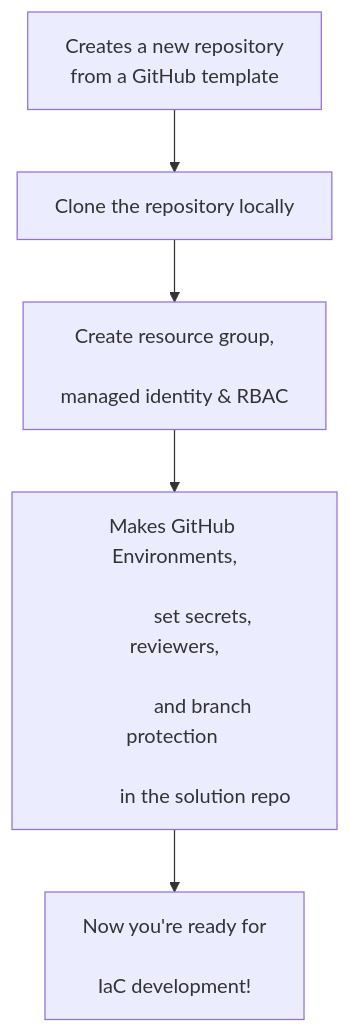
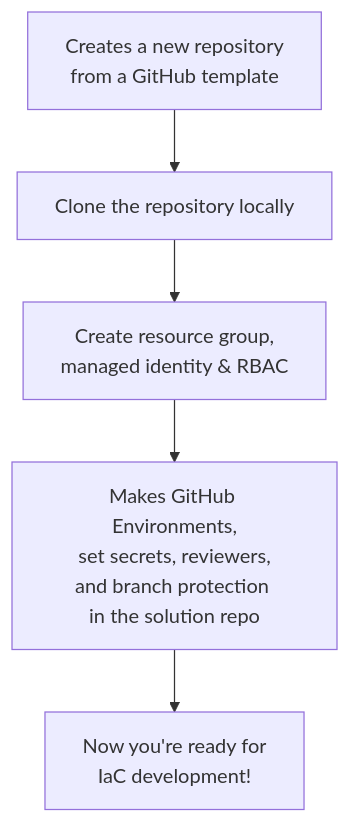
One commit to kewalaka/az-bootstrap changed the diagram in README.md. Above: the diagram before and after it, drawn with Mermaid.

````diff
--- a/README.md
+++ b/README.md
@@ -9,12 +9,7 @@
 ```mermaid
 flowchart TD
     A[Creates a new repository<br/> from a GitHub template] --> B[Clone the repository locally]
-    B --> C[Create resource group, <br/>
-            managed identity & RBAC]
-    C --> D[Makes GitHub Environments,<br/>
-            set secrets, reviewers,<br/>
-            and branch protection <br/>
-            in the solution repo]
-    D --> E[Now you're ready for<br/>
-            IaC development!]
+    B --> C[Create resource group, <br/>managed identity & RBAC]
+    C --> D[Makes GitHub Environments,<br/>set secrets, reviewers,<br/>and branch protection <br/>in the solution repo]
+    D --> E[Now you're ready for<br/>IaC development!]
 ```
````
